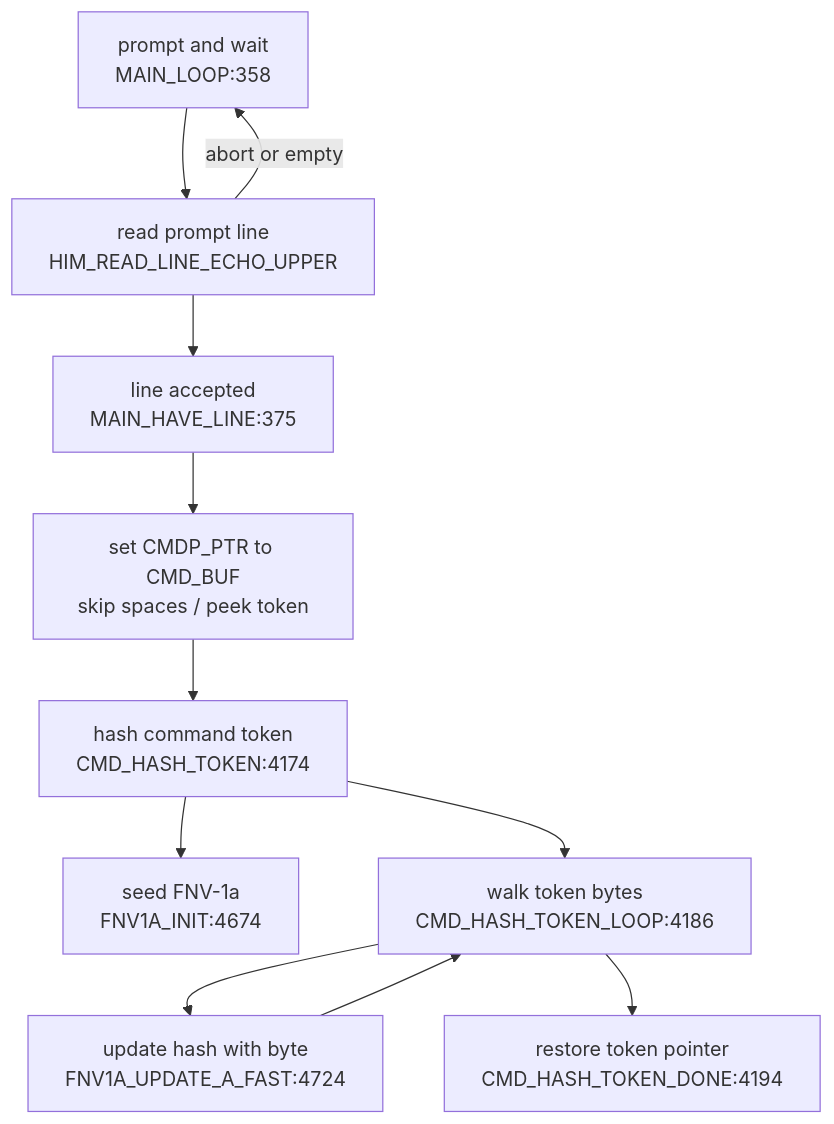
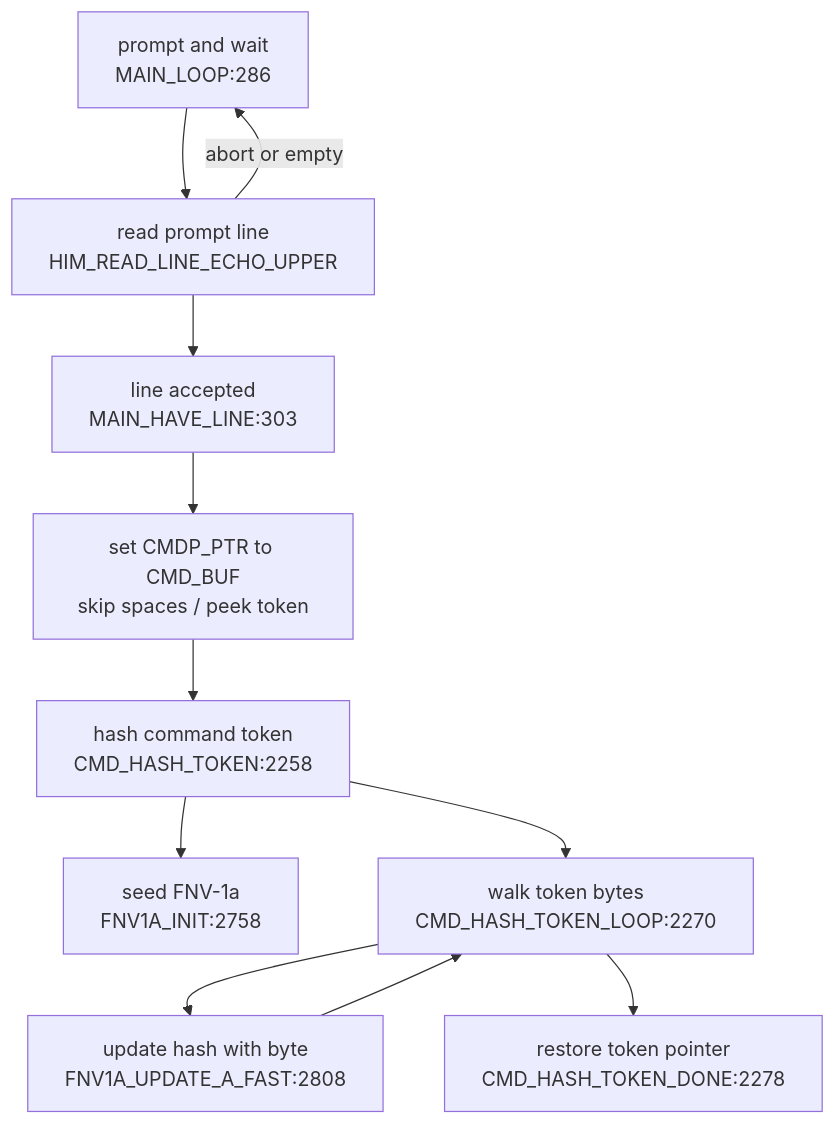
Before and after one commit to 95westus/R-YORS: the second of 4 diagrams in DOC/GENERATED/CMD_FLOW_MAP.md, drawn with Mermaid. The commit also changed other lines of this file and 243 other files, not shown here.

````diff
--- a/DOC/GENERATED/CMD_FLOW_MAP.md
+++ b/DOC/GENERATED/CMD_FLOW_MAP.md
@@ -24,13 +24,13 @@
 ```mermaid
 flowchart TD
-    LOOP["prompt and wait<br/>MAIN_LOOP:358"] --> READ["read prompt line<br/>HIM_READ_LINE_ECHO_UPPER"]
-    READ --> HAVE["line accepted<br/>MAIN_HAVE_LINE:375"]
+    LOOP["prompt and wait<br/>MAIN_LOOP:286"] --> READ["read prompt line<br/>HIM_READ_LINE_ECHO_UPPER"]
+    READ --> HAVE["line accepted<br/>MAIN_HAVE_LINE:303"]
     READ -->|abort or empty| LOOP
     HAVE --> PREP["set CMDP_PTR to CMD_BUF<br/>skip spaces / peek token"]
-    PREP --> HASH["hash command token<br/>CMD_HASH_TOKEN:4174"]
-    HASH --> FNVINIT["seed FNV-1a<br/>FNV1A_INIT:4674"]
-    HASH --> HASHLOOP["walk token bytes<br/>CMD_HASH_TOKEN_LOOP:4186"]
-    HASHLOOP --> UPDATE["update hash with byte<br/>FNV1A_UPDATE_A_FAST:4724"]
+    PREP --> HASH["hash command token<br/>CMD_HASH_TOKEN:2258"]
+    HASH --> FNVINIT["seed FNV-1a<br/>FNV1A_INIT:2758"]
+    HASH --> HASHLOOP["walk token bytes<br/>CMD_HASH_TOKEN_LOOP:2270"]
+    HASHLOOP --> UPDATE["update hash with byte<br/>FNV1A_UPDATE_A_FAST:2808"]
     UPDATE --> HASHLOOP
-    HASHLOOP --> DONE["restore token pointer<br/>CMD_HASH_TOKEN_DONE:4194"]
+    HASHLOOP --> DONE["restore token pointer<br/>CMD_HASH_TOKEN_DONE:2278"]
 ```
````
